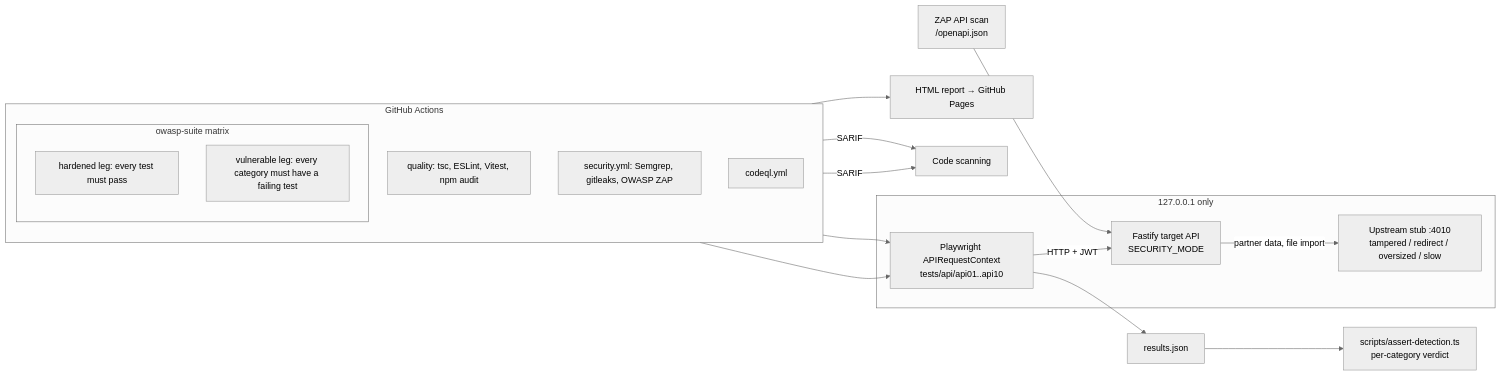
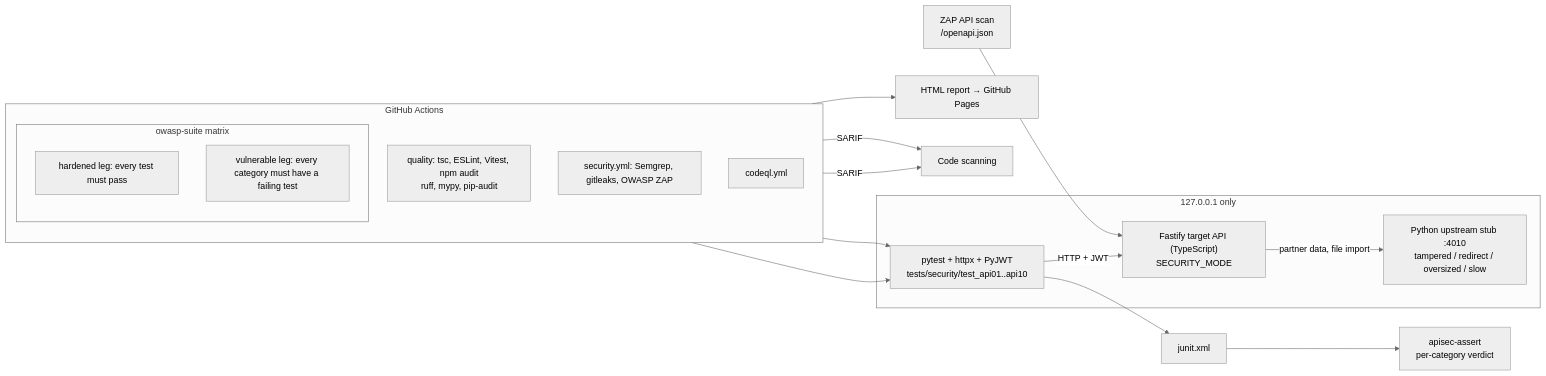
The diagram in README.md (yonduudontaxx/api-security-test-suite), drawn with Mermaid (neutral theme) before and after one commit. The commit also changed other lines of this file and 43 other files, not shown here.

First line of the commit message:
Rewrite the OWASP security suite in Python with pytest, httpx and PyJWT

````diff
--- a/README.md
+++ b/README.md
@@ -17,26 +17,26 @@
 ```mermaid
 flowchart LR
   subgraph CI["GitHub Actions"]
     direction TB
-    Q["quality: tsc, ESLint, Vitest, npm audit"]
+    Q["quality: tsc, ESLint, Vitest, npm audit<br/>ruff, mypy, pip-audit"]
     subgraph M["owasp-suite matrix"]
       H["hardened leg: every test must pass"]
       V["vulnerable leg: every category must have a failing test"]
     end
     S["security.yml: Semgrep, gitleaks, OWASP ZAP"]
     C["codeql.yml"]
   end
 
   subgraph Runtime["127.0.0.1 only"]
-    PW["Playwright APIRequestContext<br/>tests/api/api01..api10"] -->|HTTP + JWT| API["Fastify target API<br/>SECURITY_MODE"]
-    API -->|partner data, file import| UP["Upstream stub :4010<br/>tampered / redirect / oversized / slow"]
+    PW["pytest + httpx + PyJWT<br/>tests/security/test_api01..api10"] -->|HTTP + JWT| API["Fastify target API (TypeScript)<br/>SECURITY_MODE"]
+    API -->|partner data, file import| UP["Python upstream stub :4010<br/>tampered / redirect / oversized / slow"]
   end
 
   H --> PW
   V --> PW
-  PW --> JSON["results.json"] --> A["scripts/assert-detection.ts<br/>per-category verdict"]
+  PW --> JSON["junit.xml"] --> A["apisec-assert<br/>per-category verdict"]
   H --> R["HTML report → GitHub Pages"]
   S -->|SARIF| CS["Code scanning"]
   C -->|SARIF| CS
   ZAP["ZAP API scan<br/>/openapi.json"] --> API
 ```
````
